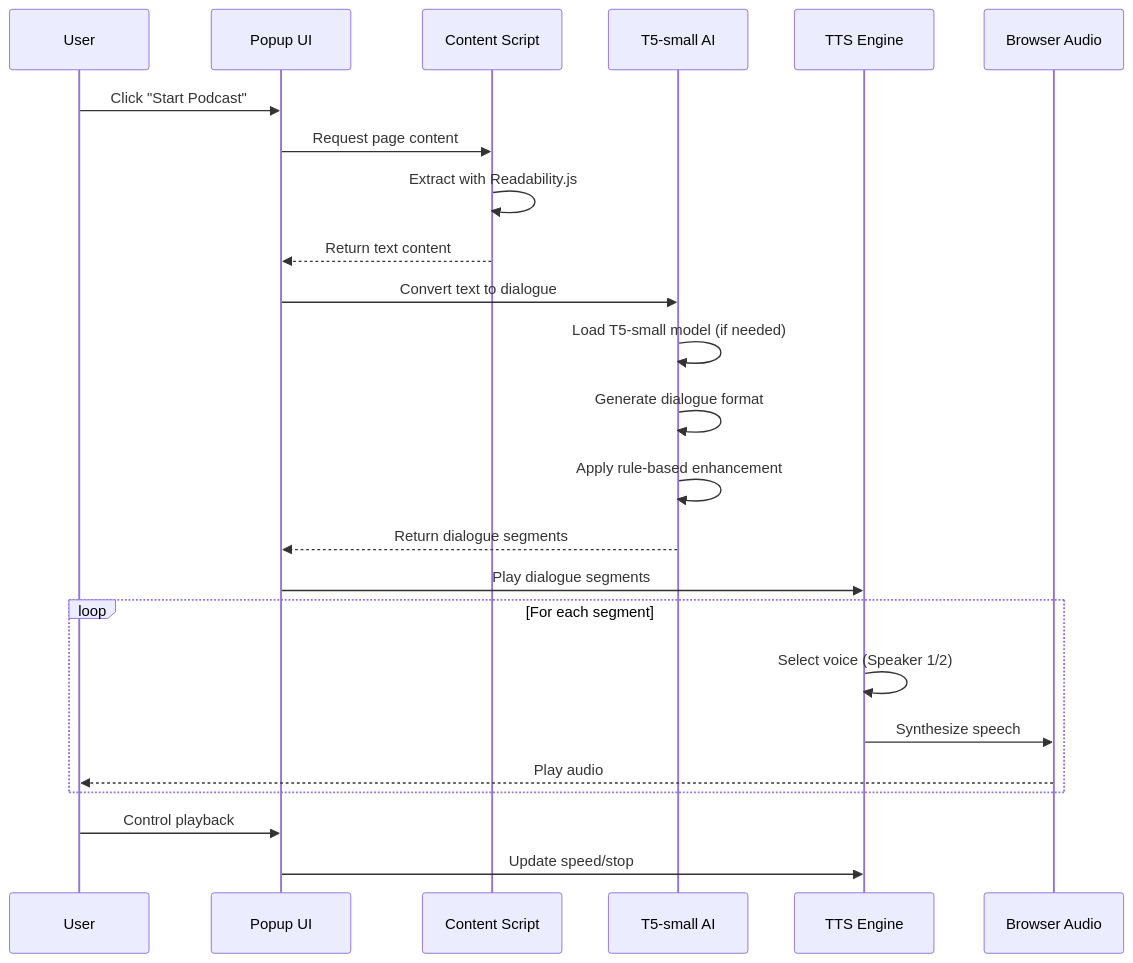
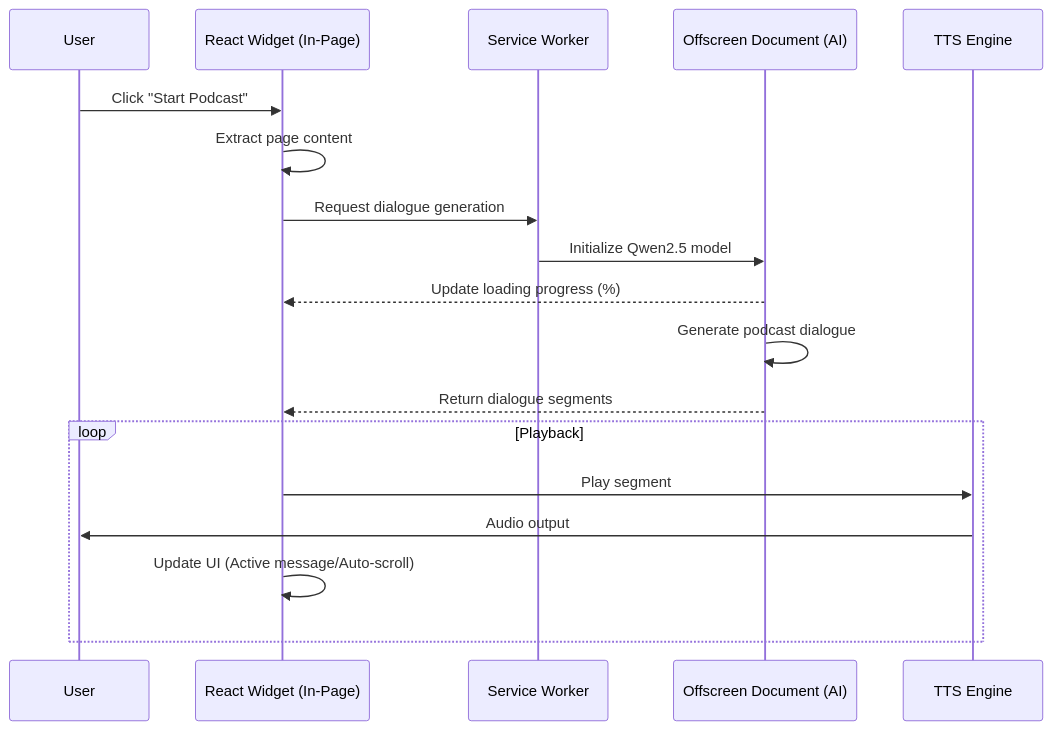
Before and after one commit to swati2904/webpodcast: the second of 2 diagrams in README.md, drawn with Mermaid. The commit also changed other lines of this file, not shown here.

Commit message:
Update README.md to reflect recent AI model and architecture changes

````diff
--- a/README.md
+++ b/README.md
@@ -61,30 +60,22 @@
 ```mermaid
 sequenceDiagram
     participant User
-    participant Popup as Popup UI
-    participant Content as Content Script
-    participant AI as T5-small AI
+    participant Widget as React Widget (In-Page)
+    participant Worker as Service Worker
+    participant Offscreen as Offscreen Document (AI)
     participant TTS as TTS Engine
-    participant Browser as Browser Audio
-
-    User->>Popup: Click "Start Podcast"
-    Popup->>Content: Request page content
-    Content->>Content: Extract with Readability.js
-    Content-->>Popup: Return text content
     
-    Popup->>AI: Convert text to dialogue
-    AI->>AI: Load T5-small model (if needed)
-    AI->>AI: Generate dialogue format
-    AI->>AI: Apply rule-based enhancement
-    AI-->>Popup: Return dialogue segments
+    User->>Widget: Click "Start Podcast"
+    Widget->>Widget: Extract page content
+    Widget->>Worker: Request dialogue generation
+    Worker->>Offscreen: Initialize Qwen2.5 model
+    Offscreen-->>Widget: Update loading progress (%)
+    Offscreen->>Offscreen: Generate podcast dialogue
+    Offscreen-->>Widget: Return dialogue segments
     
-    Popup->>TTS: Play dialogue segments
-    loop For each segment
-        TTS->>TTS: Select voice (Speaker 1/2)
-        TTS->>Browser: Synthesize speech
-        Browser-->>User: Play audio
+    loop Playback
+        Widget->>TTS: Play segment
+        TTS->>User: Audio output
+        Widget->>Widget: Update UI (Active message/Auto-scroll)
     end
-    
-    User->>Popup: Control playback
-    Popup->>TTS: Update speed/stop
 ```
````
